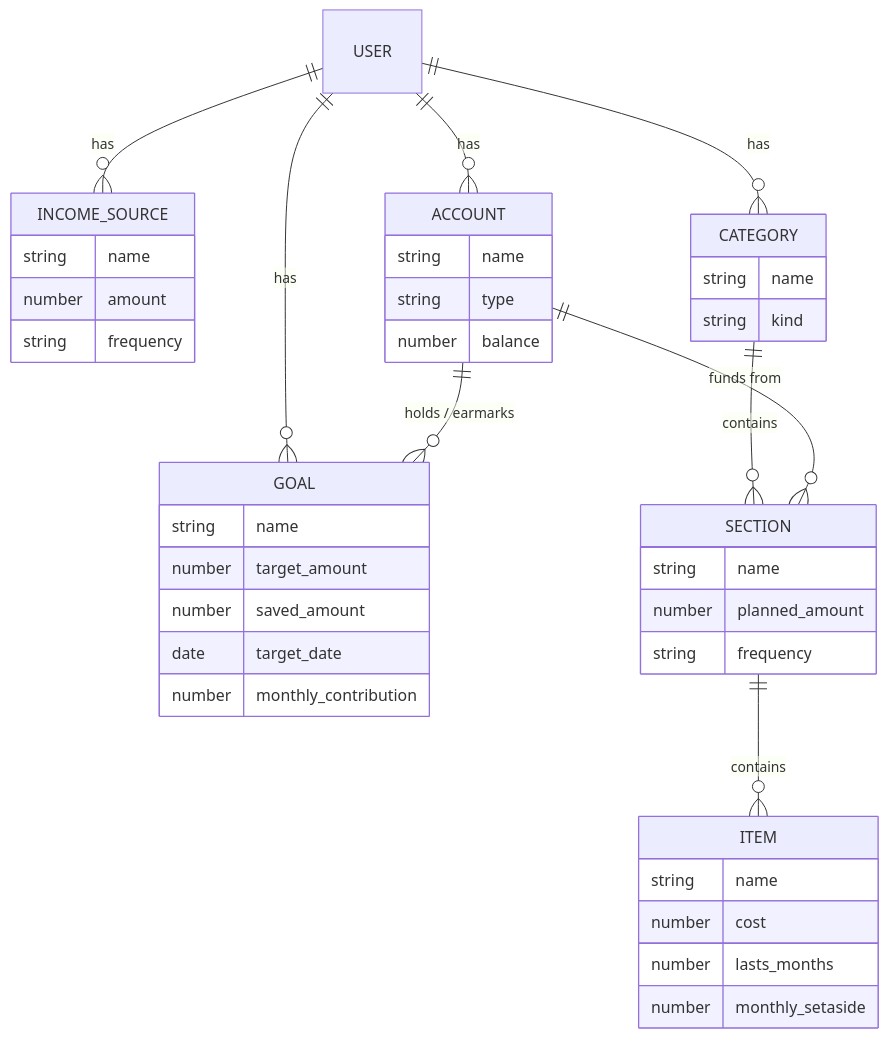
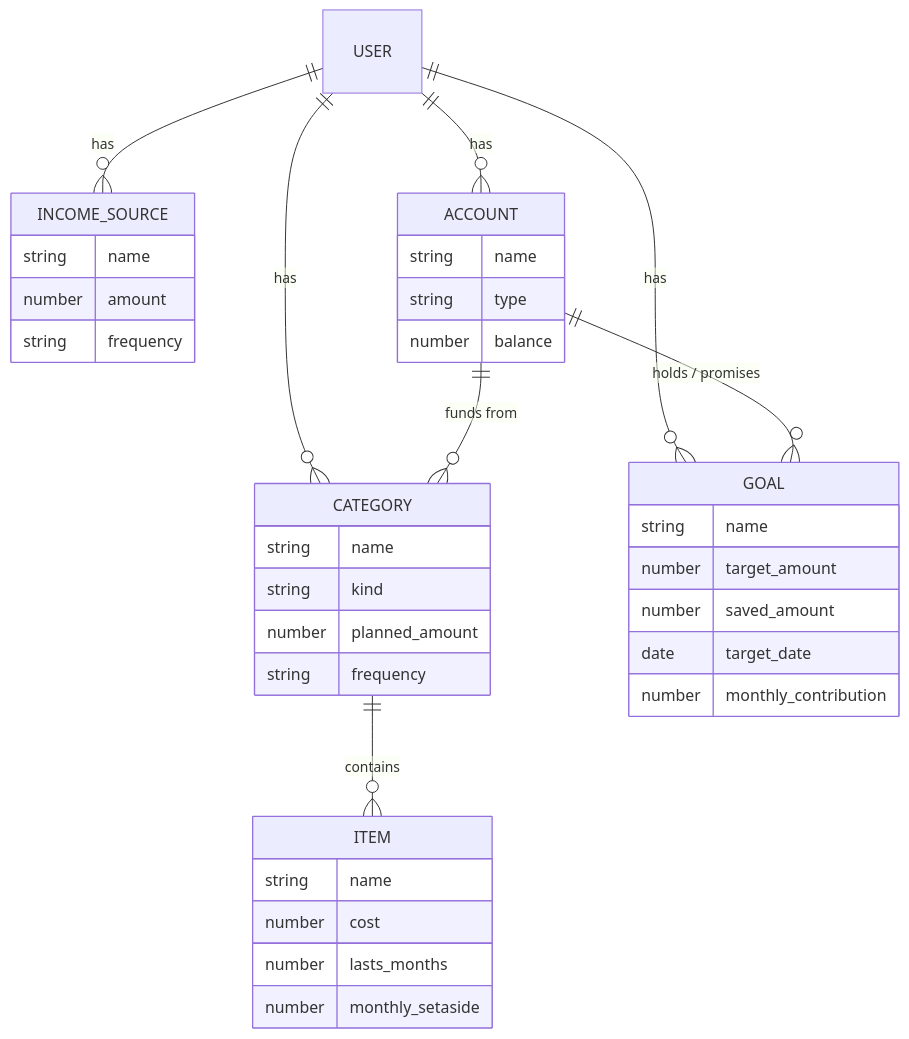
The first of 2 diagrams in PROJECT_PLAN.md (cleverNathalia/budget-buddy), drawn with Mermaid before and after one commit. The commit also changed other lines of this file, not shown here.

````diff
--- a/PROJECT_PLAN.md
+++ b/PROJECT_PLAN.md
@@ -58,46 +82,42 @@
 ```mermaid
 erDiagram
     USER ||--o{ INCOME_SOURCE : has
     USER ||--o{ ACCOUNT : has
     USER ||--o{ CATEGORY : has
     USER ||--o{ GOAL : has
 
-    CATEGORY ||--o{ SECTION : contains
-    SECTION ||--o{ ITEM : contains
+    CATEGORY ||--o{ ITEM : contains
 
-    ACCOUNT ||--o{ GOAL : "holds / earmarks"
-    ACCOUNT ||--o{ SECTION : "funds from"
+    ACCOUNT ||--o{ GOAL : "holds / promises"
+    ACCOUNT ||--o{ CATEGORY : "funds from"
 
     INCOME_SOURCE {
         string name
         number amount
         string frequency
     }
     ACCOUNT {
         string name
         string type
         number balance
     }
     CATEGORY {
         string name
         string kind
-    }
-    SECTION {
-        string name
         number planned_amount
         string frequency
     }
     ITEM {
         string name
         number cost
         number lasts_months
         number monthly_setaside
     }
     GOAL {
         string name
         number target_amount
         number saved_amount
         date target_date
         number monthly_contribution
     }
 ```
````
